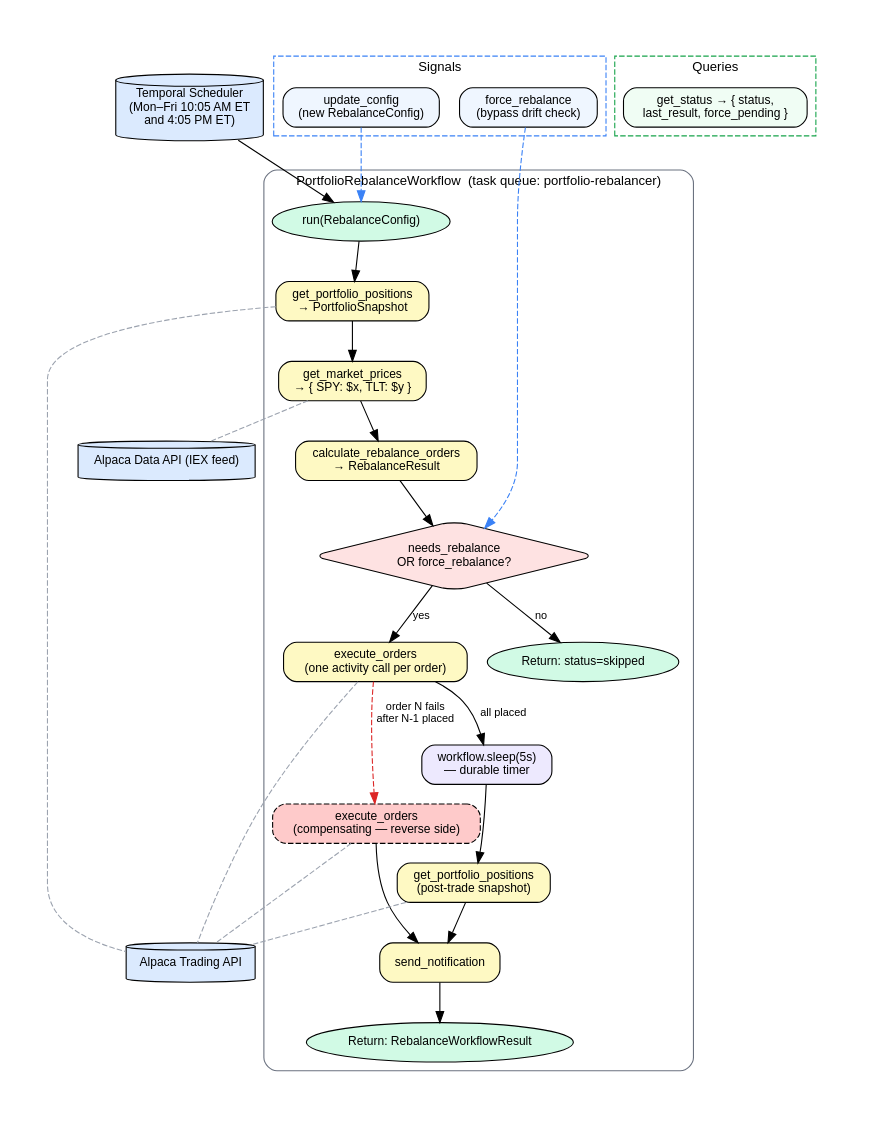
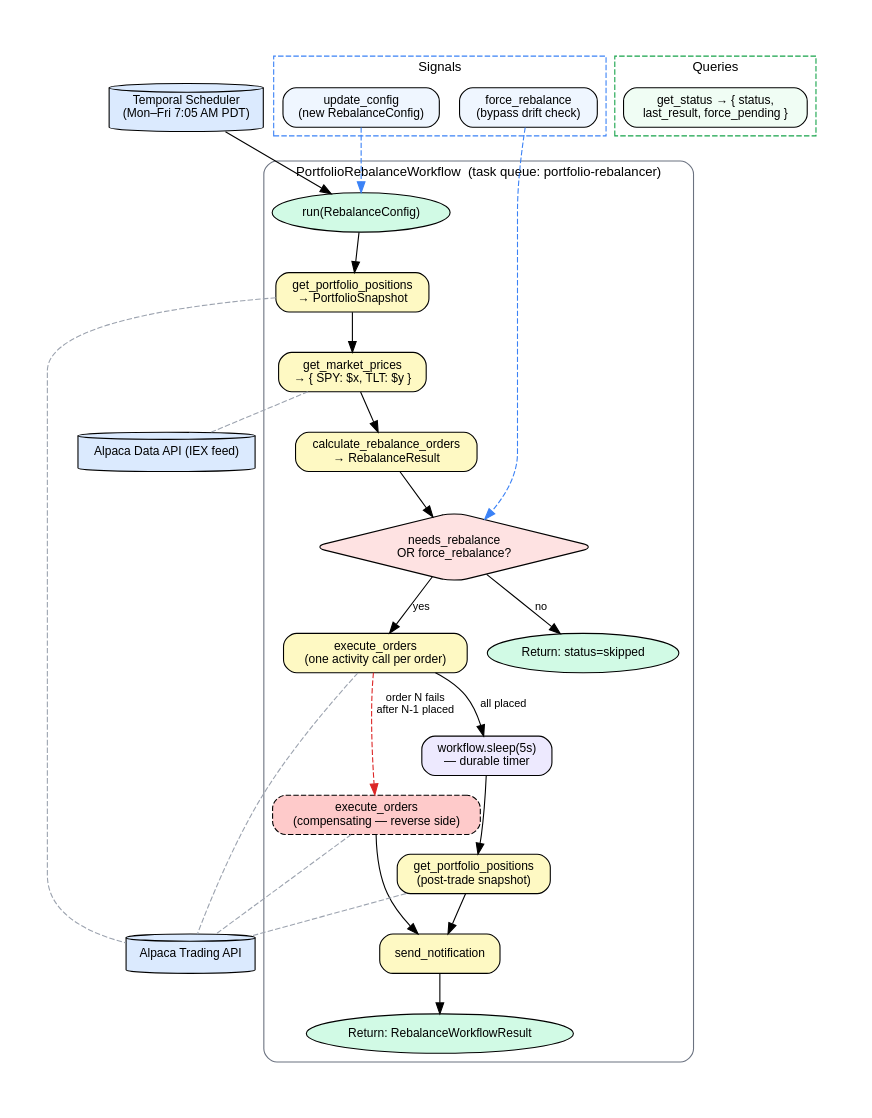
One commit to jbrass/temporal-demo-project changed the first of 2 diagrams in README.md. Above: the diagram before and after it, drawn with Graphviz. The commit also changed other lines of this file and 1 other file, not shown here.

````diff
--- a/README.md
+++ b/README.md
@@ -16,66 +16,66 @@
 ```dot
 digraph spytlt {
     rankdir=TB
     graph [fontname="Helvetica" fontsize=12 pad=0.5]
     node  [fontname="Helvetica" fontsize=11 shape=box style="rounded,filled" fillcolor=white]
     edge  [fontname="Helvetica" fontsize=10]
 
-    scheduler    [label="Temporal Scheduler\n(Mon–Fri 10:05 AM ET\nand 4:05 PM ET)" shape=cylinder fillcolor="#dbeafe"]
+    scheduler    [label="Temporal Scheduler\n(Mon–Fri 7:05 AM PDT)" shape=cylinder fillcolor="#dbeafe"]
     alpaca_trade [label="Alpaca Trading API"                                           shape=cylinder fillcolor="#dbeafe"]
     alpaca_data  [label="Alpaca Data API (IEX feed)"                                   shape=cylinder fillcolor="#dbeafe"]
 
     subgraph cluster_signals {
         label="Signals" style=dashed color="#3b82f6"
         node [fillcolor="#eff6ff"]
         sig_force  [label="force_rebalance\n(bypass drift check)"]
         sig_config [label="update_config\n(new RebalanceConfig)"]
     }
 
     subgraph cluster_queries {
         label="Queries" style=dashed color="#16a34a"
         node [fillcolor="#f0fdf4"]
         q_status [label="get_status → { status,\nlast_result, force_pending }"]
     }
 
     subgraph cluster_wf {
         label="PortfolioRebalanceWorkflow  (task queue: portfolio-rebalancer)"
         style=rounded color="#6b7280"
 
         wf_start [label="run(RebalanceConfig)"                              shape=oval   fillcolor="#d1fae5"]
         act1     [label="get_portfolio_positions\n→ PortfolioSnapshot"                  fillcolor="#fef9c3"]
         act2     [label="get_market_prices\n→ { SPY: $x, TLT: $y }"                    fillcolor="#fef9c3"]
         act3     [label="calculate_rebalance_orders\n→ RebalanceResult"                 fillcolor="#fef9c3"]
         drift    [label="needs_rebalance\nOR force_rebalance?"             shape=diamond fillcolor="#fee2e2"]
         act4     [label="execute_orders\n(one activity call per order)"                 fillcolor="#fef9c3"]
         saga     [label="execute_orders\n(compensating — reverse side)"                 fillcolor="#fecaca" style="rounded,filled,dashed"]
         wf_sleep [label="workflow.sleep(5s)\n— durable timer"                          fillcolor="#ede9fe"]
         act4b    [label="get_portfolio_positions\n(post-trade snapshot)"                fillcolor="#fef9c3"]
         act5     [label="send_notification"                                             fillcolor="#fef9c3"]
         wf_skip  [label="Return: status=skipped"                           shape=oval   fillcolor="#d1fae5"]
         wf_done  [label="Return: RebalanceWorkflowResult"                  shape=oval   fillcolor="#d1fae5"]
     }
 
     scheduler -> wf_start
     wf_start  -> act1
     act1      -> act2
     act2      -> act3
     act3      -> drift
     drift     -> wf_skip  [label="no"]
     drift     -> act4     [label="yes"]
     act4      -> saga     [label="order N fails\nafter N-1 placed" style=dashed color="#dc2626"]
     act4      -> wf_sleep [label="all placed"]
     wf_sleep  -> act4b
     act4b     -> act5
     saga      -> act5
     act5      -> wf_done
 
     act1  -> alpaca_trade [style=dashed arrowhead=none color="#9ca3af"]
     act4  -> alpaca_trade [style=dashed arrowhead=none color="#9ca3af"]
     saga  -> alpaca_trade [style=dashed arrowhead=none color="#9ca3af"]
     act4b -> alpaca_trade [style=dashed arrowhead=none color="#9ca3af"]
     act2  -> alpaca_data  [style=dashed arrowhead=none color="#9ca3af"]
 
     sig_force  -> drift    [style=dashed color="#3b82f6"]
     sig_config -> wf_start [style=dashed color="#3b82f6"]
 }
 ```
````
